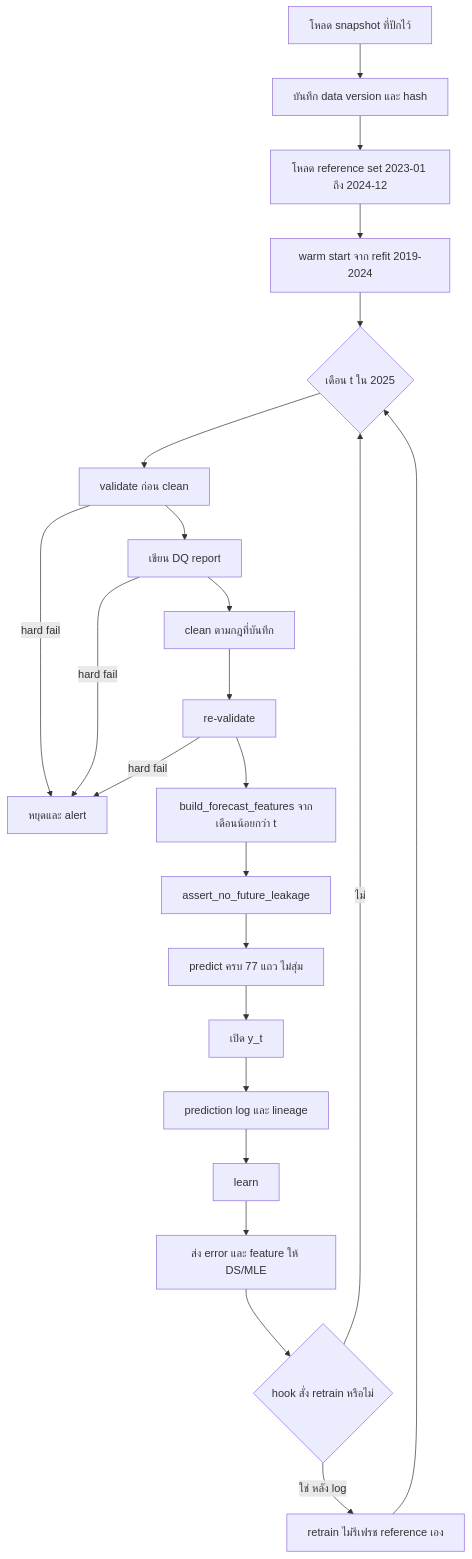
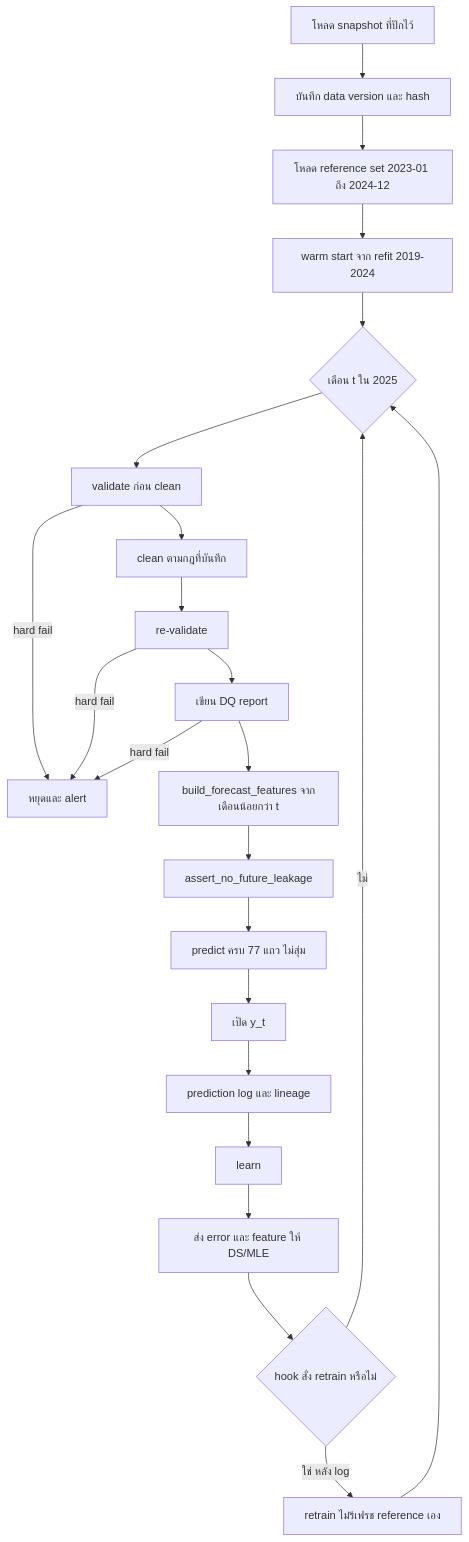
Before and after one commit to unknownhaha/Tourist-Prediction-from-Raining: the diagram in docs/stream_2025_replay_pipeline.md, drawn with Mermaid. The commit also changed other lines of this file and 14 other files, not shown here.

````diff
--- a/docs/stream_2025_replay_pipeline.md
+++ b/docs/stream_2025_replay_pipeline.md
@@ -49,25 +49,25 @@
 ```mermaid
 flowchart TD
   load[โหลด snapshot ที่ปักไว้] --> ver[บันทึก data version และ hash]
   ver --> ref[โหลด reference set 2023-01 ถึง 2024-12]
   ref --> warm[warm start จาก refit 2019-2024]
   warm --> month{เดือน t ใน 2025}
   month --> val1[validate ก่อน clean]
   val1 -->|hard fail| halt[หยุดและ alert]
-  val1 --> dq[เขียน DQ report]
-  dq -->|hard fail| halt
-  dq --> clean[clean ตามกฎที่บันทึก]
+  val1 --> clean[clean ตามกฎที่บันทึก]
   clean --> val2[re-validate]
   val2 -->|hard fail| halt
-  val2 --> feats[build_forecast_features จากเดือนน้อยกว่า t]
+  val2 --> dq[เขียน DQ report]
+  dq -->|hard fail| halt
+  dq --> feats[build_forecast_features จากเดือนน้อยกว่า t]
   feats --> leak[assert_no_future_leakage]
   leak --> pred[predict ครบ 77 แถว ไม่สุ่ม]
   pred --> reveal[เปิด y_t]
   reveal --> log[prediction log และ lineage]
   log --> learn[learn]
   learn --> hook[ส่ง error และ feature ให้ DS/MLE]
   hook --> alarm{hook สั่ง retrain หรือไม่}
   alarm -->|ใช่ หลัง log| refit[retrain ไม่รีเฟรช reference เอง]
   alarm -->|ไม่| month
   refit --> month
 ```
````
